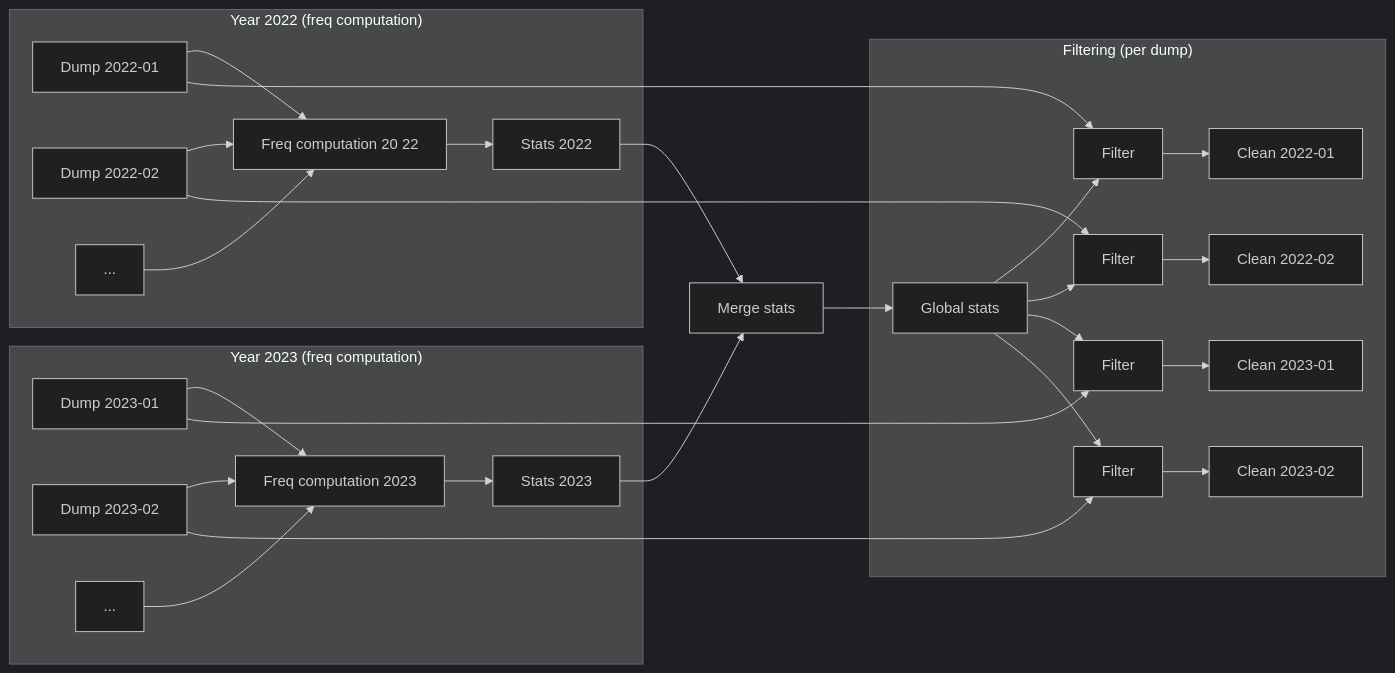
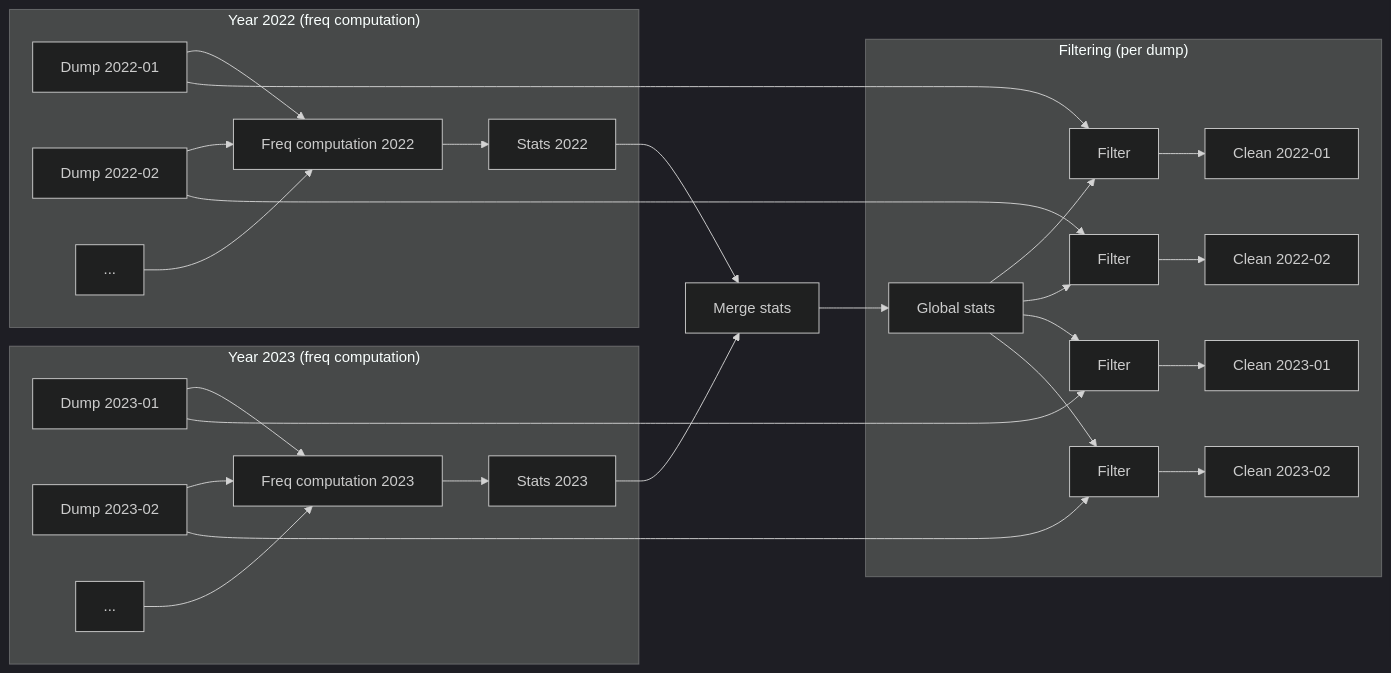
The diagram in docs/design.md (WorksApplications/uzushio), drawn with Mermaid (dark theme) before and after one commit.

````diff
--- a/docs/design.md
+++ b/docs/design.md
@@ -55,31 +55,31 @@
 ```mermaid
 graph LR
     subgraph "Year 2022 (freq computation)"
-        D22_1[Dump 2022-01] --> Freq22[Freq computation 20 22]
+        D22_1[Dump 2022-01] --> Freq22[Freq computation 2022]
         D22_2[Dump 2022-02] --> Freq22
         D22_3[...] --> Freq22
         Freq22 --> Stats22[Stats 2022]
     end
 
     subgraph "Year 2023 (freq computation)"
         D23_1[Dump 2023-01] --> Freq23[Freq computation 2023]
         D23_2[Dump 2023-02] --> Freq23
         D23_3[...] --> Freq23
         Freq23 --> Stats23[Stats 2023]
     end
 
     Stats22 --> Merge[Merge stats]
     Stats23 --> Merge
     Merge --> Global[Global stats]
 
     subgraph "Filtering (per dump)"
         Global --> F22_1[Filter]
         Global --> F22_2[Filter]
         Global --> F23_1[Filter]
         Global --> F23_2[Filter]
         D22_1 --> F22_1 --> Out22_1[Clean 2022-01]
         D22_2 --> F22_2 --> Out22_2[Clean 2022-02]
         D23_1 --> F23_1 --> Out23_1[Clean 2023-01]
         D23_2 --> F23_2 --> Out23_2[Clean 2023-02]
     end
 ```
````
